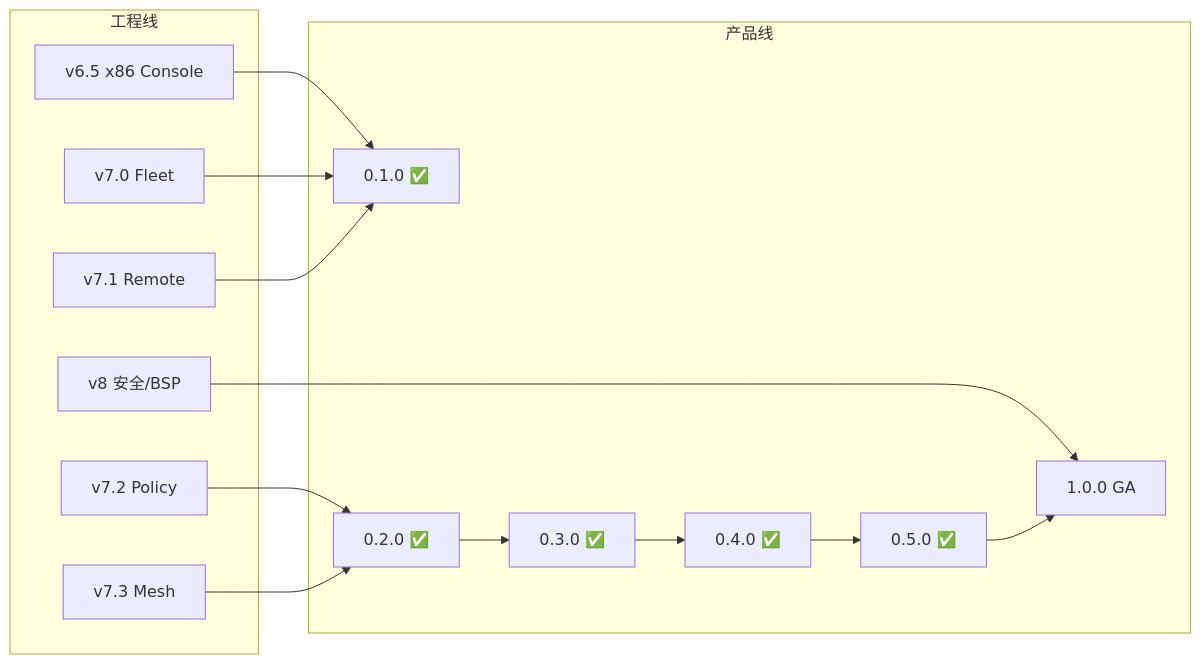
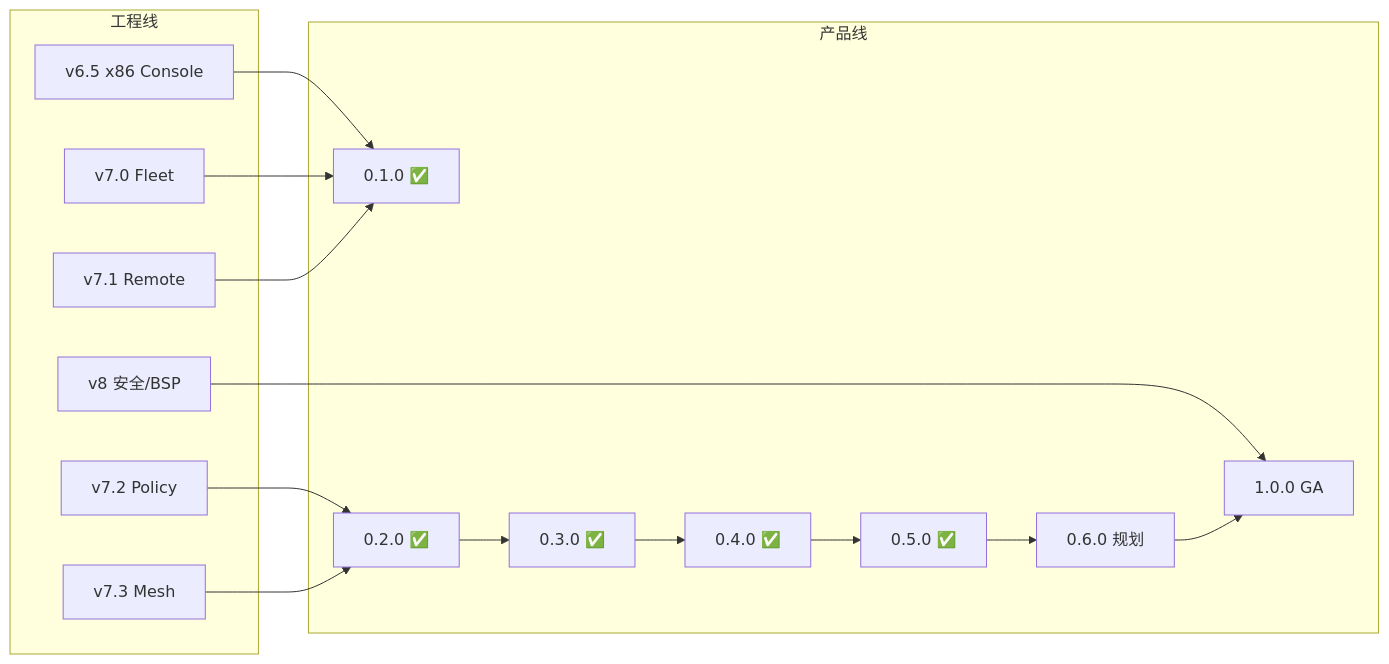
The diagram in docs/PRODUCT_ROADMAP.md (William2333ZZ/OpenAgentOS), drawn with Mermaid before and after one commit. The commit also changed other lines of this file and 89 other files, not shown here.

````diff
--- a/docs/PRODUCT_ROADMAP.md
+++ b/docs/PRODUCT_ROADMAP.md
@@ -16,26 +16,27 @@
 ```mermaid
 flowchart LR
   subgraph eng [工程线]
     v65[v6.5 x86 Console]
     v70[v7.0 Fleet]
     v71[v7.1 Remote]
     v72[v7.2 Policy]
     v73[v7.3 Mesh]
     v80[v8 安全/BSP]
   end
   subgraph prod [产品线]
     b01[0.1.0 ✅]
     rc02[0.2.0 ✅]
     rc03[0.3.0 ✅]
     rc04[0.4.0 ✅]
     rc05[0.5.0 ✅]
+    rc06[0.6.0 规划]
     ga10[1.0.0 GA]
   end
   v65 --> b01
   v70 --> b01
   v71 --> b01
   v72 --> rc02
   v73 --> rc02
   v80 --> ga10
-  rc02 --> rc03 --> rc04 --> rc05 --> ga10
+  rc02 --> rc03 --> rc04 --> rc05 --> rc06 --> ga10
 ```
````
